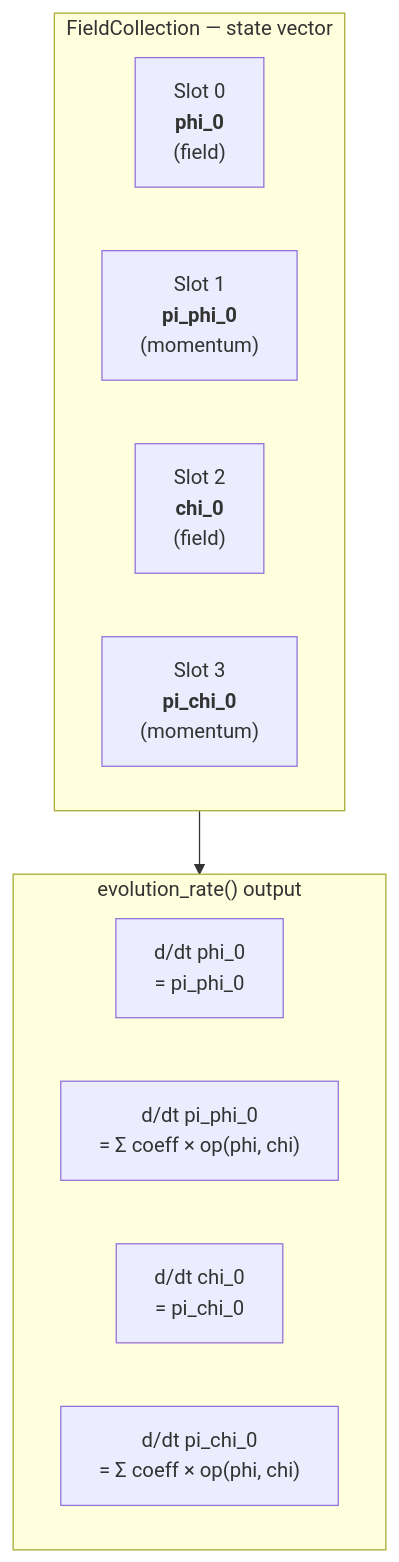
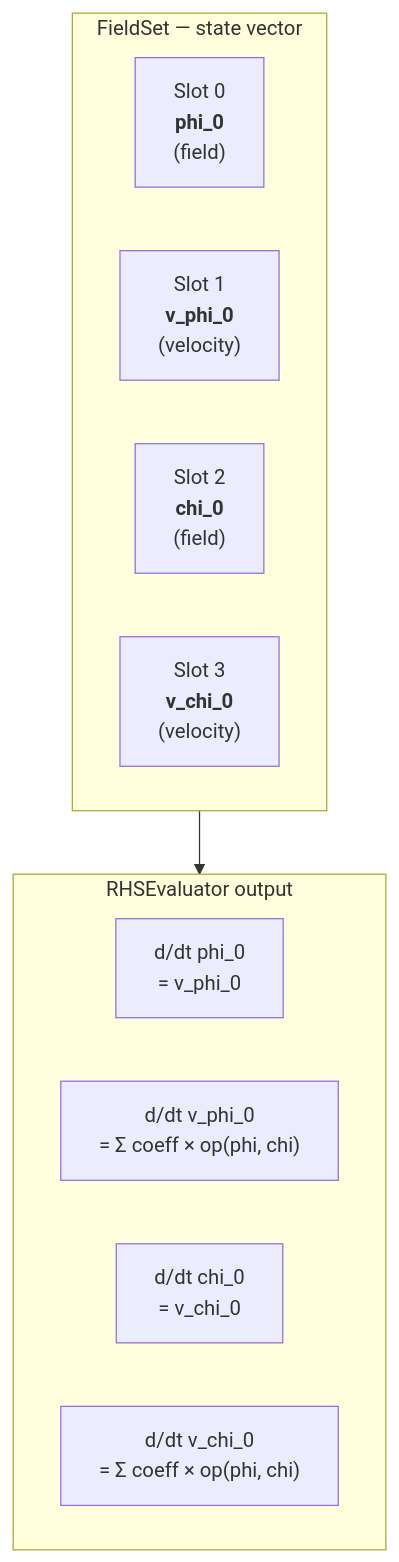
One commit to WilliamRoyce/tidal changed the fourth of 5 diagrams in docs/architecture/README.md. Above: the diagram before and after it, drawn with Mermaid. The commit also changed other lines of this file and 10 other files, not shown here.

````diff
--- a/docs/architecture/README.md
+++ b/docs/architecture/README.md
@@ -157,20 +188,20 @@
 ```mermaid
 flowchart TB
-    subgraph state2["FieldCollection — state vector"]
+    subgraph state2["FieldSet — state vector"]
         direction LR
         a0["Slot 0<br/><b>phi_0</b><br/>(field)"]
-        a1["Slot 1<br/><b>pi_phi_0</b><br/>(momentum)"]
+        a1["Slot 1<br/><b>v_phi_0</b><br/>(velocity)"]
         a2["Slot 2<br/><b>chi_0</b><br/>(field)"]
-        a3["Slot 3<br/><b>pi_chi_0</b><br/>(momentum)"]
+        a3["Slot 3<br/><b>v_chi_0</b><br/>(velocity)"]
     end
 
-    subgraph rates2["evolution_rate() output"]
+    subgraph rates2["RHSEvaluator output"]
         direction LR
-        b0["d/dt phi_0<br/>= pi_phi_0"]
-        b1["d/dt pi_phi_0<br/>= Σ coeff × op(phi, chi)"]
-        b2["d/dt chi_0<br/>= pi_chi_0"]
-        b3["d/dt pi_chi_0<br/>= Σ coeff × op(phi, chi)"]
+        b0["d/dt phi_0<br/>= v_phi_0"]
+        b1["d/dt v_phi_0<br/>= Σ coeff × op(phi, chi)"]
+        b2["d/dt chi_0<br/>= v_chi_0"]
+        b3["d/dt v_chi_0<br/>= Σ coeff × op(phi, chi)"]
     end
 
     state2 --> rates2
 ```
````
